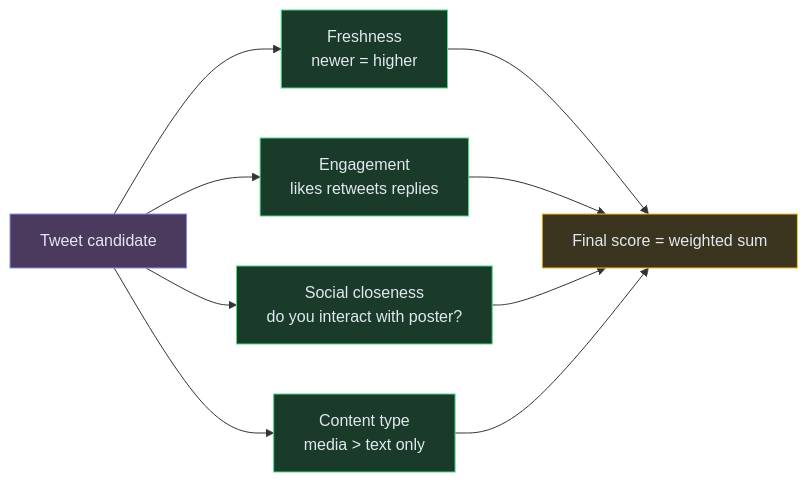
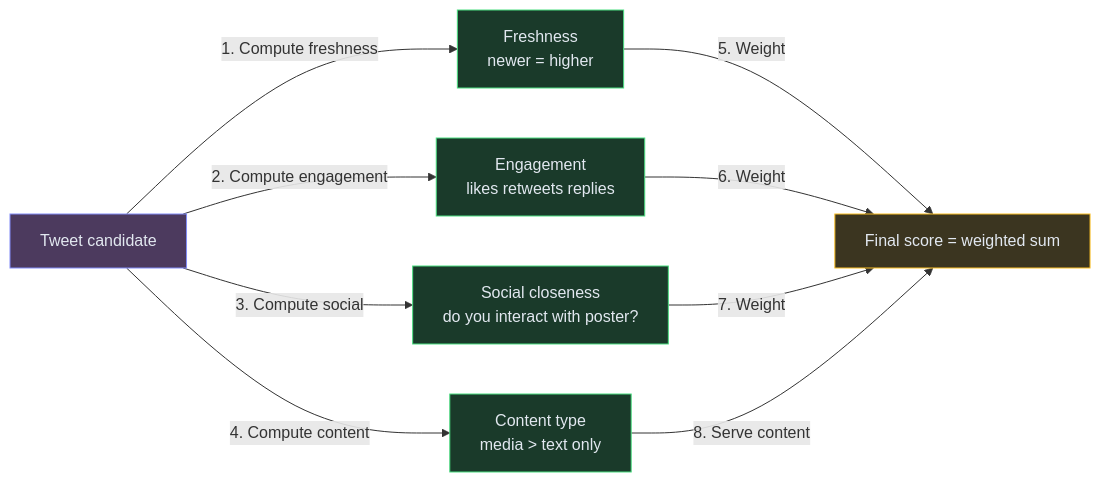
Before and after one commit to iluzn/HLD-Designs: diagram 11 of 12 in content/hld/TwitterFeed.md, drawn with Mermaid. The commit also changed other lines of this file and 27 other files, not shown here.

````diff
--- a/content/hld/TwitterFeed.md
+++ b/content/hld/TwitterFeed.md
@@ -428,22 +428,22 @@
 ```mermaid
 flowchart LR
     TWEET["Tweet candidate"]:::client
     FRESH["Freshness<br/>newer = higher"]:::service
     ENGAGE["Engagement<br/>likes retweets replies"]:::service
     SOCIAL["Social closeness<br/>do you interact with poster?"]:::service
     CONTENT["Content type<br/>media > text only"]:::service
     SCORE["Final score = weighted sum"]:::data
 
-    TWEET --> FRESH
-    TWEET --> ENGAGE
-    TWEET --> SOCIAL
-    TWEET --> CONTENT
-    FRESH --> SCORE
-    ENGAGE --> SCORE
-    SOCIAL --> SCORE
-    CONTENT --> SCORE
+    TWEET -->|"1. Compute freshness"| FRESH
+    TWEET -->|"2. Compute engagement"| ENGAGE
+    TWEET -->|"3. Compute social"| SOCIAL
+    TWEET -->|"4. Compute content"| CONTENT
+    FRESH -->|"5. Weight"| SCORE
+    ENGAGE -->|"6. Weight"| SCORE
+    SOCIAL -->|"7. Weight"| SCORE
+    CONTENT -->|"8. Serve content"| SCORE
 
     classDef client fill:#4c3a5e,stroke:#818cf8,color:#e2e8f0
     classDef service fill:#1a3a2a,stroke:#4ade80,color:#e2e8f0
     classDef data fill:#3b3520,stroke:#fbbf24,color:#e2e8f0
 ```
````
